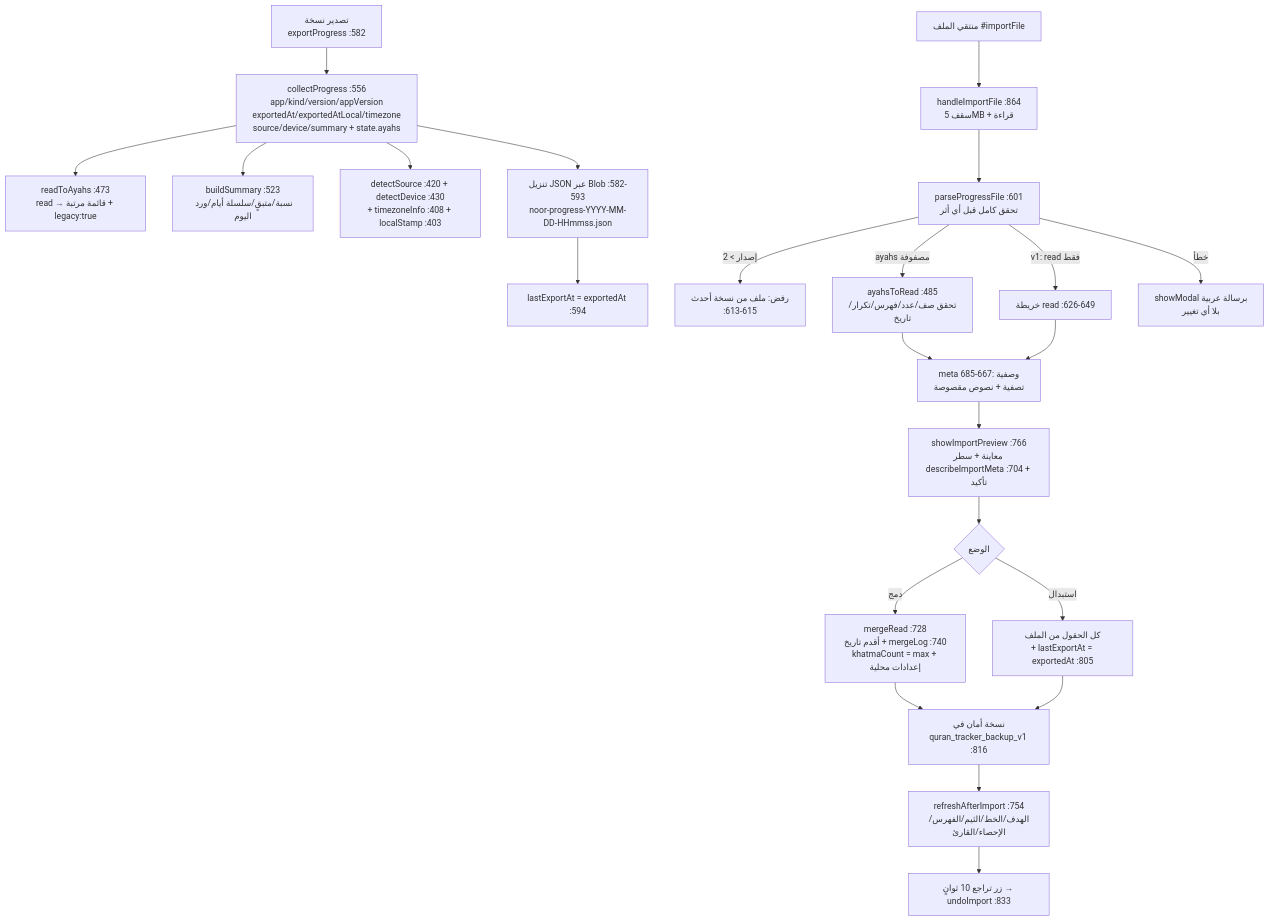
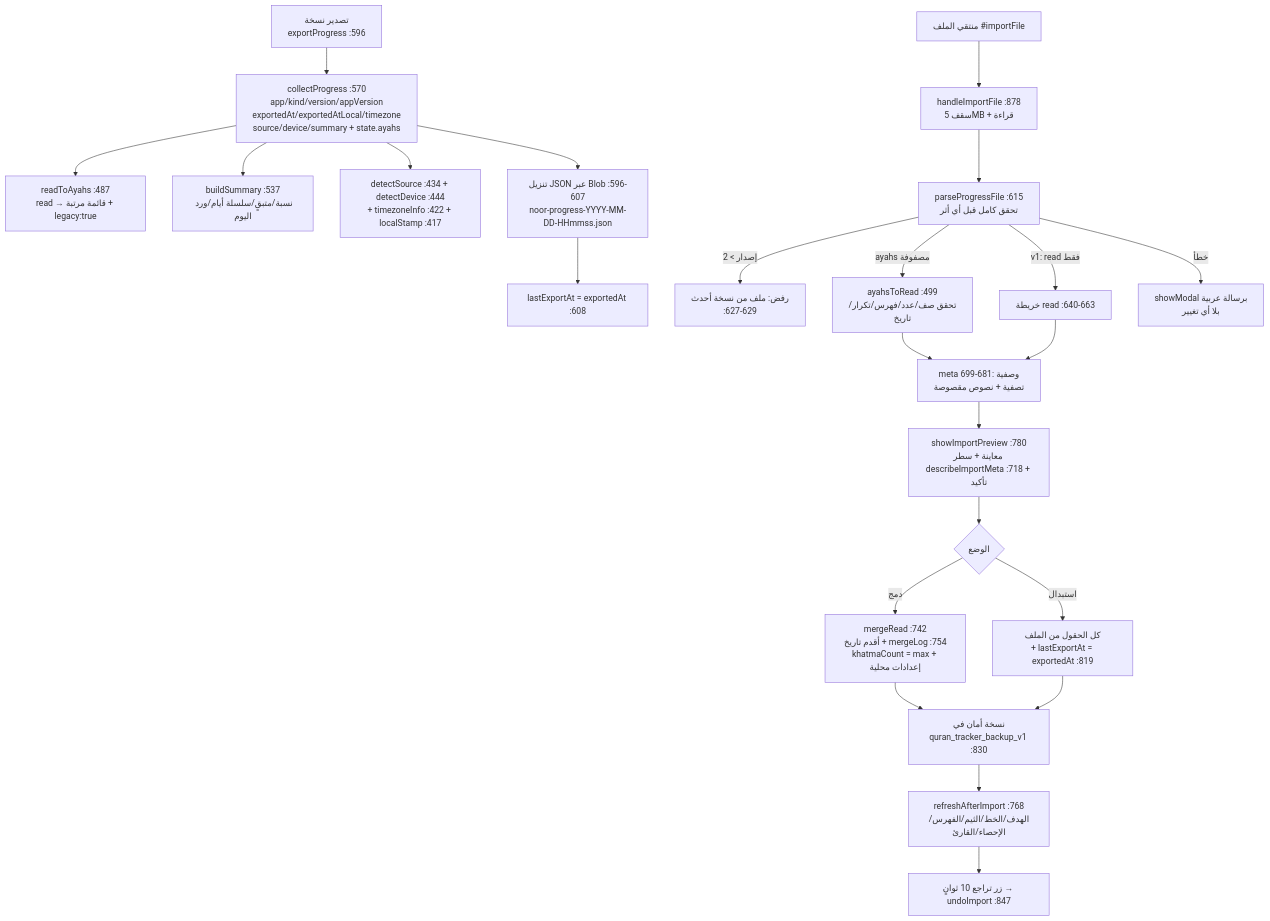
Before and after one commit to jabar-reda/quran-app: the sixth of 6 diagrams in docs/CODE-MAP.md, drawn with Mermaid. The commit also changed other lines of this file and 9 other files, not shown here.

````diff
--- a/docs/CODE-MAP.md
+++ b/docs/CODE-MAP.md
@@ -150,26 +150,26 @@
 ```mermaid
 flowchart TD
-    E["تصدير نسخة<br/>exportProgress :582"] --> CP["collectProgress :556<br/>app/kind/version/appVersion<br/>exportedAt/exportedAtLocal/timezone<br/>source/device/summary + state.ayahs"]
-    CP --> RD["readToAyahs :473<br/>read → قائمة مرتبة + legacy:true"]
-    CP --> SU["buildSummary :523<br/>نسبة/متبقٍ/سلسلة أيام/ورد اليوم"]
-    CP --> SV["detectSource :420 + detectDevice :430<br/>+ timezoneInfo :408 + localStamp :403"]
-    CP --> DL["تنزيل JSON عبر Blob :582-593<br/>noor-progress-YYYY-MM-DD-HHmmss.json"]
-    DL --> LE["lastExportAt = exportedAt :594"]
+    E["تصدير نسخة<br/>exportProgress :596"] --> CP["collectProgress :570<br/>app/kind/version/appVersion<br/>exportedAt/exportedAtLocal/timezone<br/>source/device/summary + state.ayahs"]
+    CP --> RD["readToAyahs :487<br/>read → قائمة مرتبة + legacy:true"]
+    CP --> SU["buildSummary :537<br/>نسبة/متبقٍ/سلسلة أيام/ورد اليوم"]
+    CP --> SV["detectSource :434 + detectDevice :444<br/>+ timezoneInfo :422 + localStamp :417"]
+    CP --> DL["تنزيل JSON عبر Blob :596-607<br/>noor-progress-YYYY-MM-DD-HHmmss.json"]
+    DL --> LE["lastExportAt = exportedAt :608"]
 
-    F["منتقي الملف #importFile"] --> H["handleImportFile :864<br/>سقف 5MB + قراءة"]
-    H --> P["parseProgressFile :601<br/>تحقق كامل قبل أي أثر"]
-    P -- "إصدار > 2" --> V3["رفض: ملف من نسخة أحدث<br/>:613-615"]
-    P -- "ayahs مصفوفة" --> AY["ayahsToRead :485<br/>تحقق صف/عدد/فهرس/تكرار/تاريخ"]
-    P -- "v1: read فقط" --> RD1["خريطة read :626-649"]
-    AY --> META["meta وصفية :667-685<br/>تصفية + نصوص مقصوصة"]
+    F["منتقي الملف #importFile"] --> H["handleImportFile :878<br/>سقف 5MB + قراءة"]
+    H --> P["parseProgressFile :615<br/>تحقق كامل قبل أي أثر"]
+    P -- "إصدار > 2" --> V3["رفض: ملف من نسخة أحدث<br/>:627-629"]
+    P -- "ayahs مصفوفة" --> AY["ayahsToRead :499<br/>تحقق صف/عدد/فهرس/تكرار/تاريخ"]
+    P -- "v1: read فقط" --> RD1["خريطة read :640-663"]
+    AY --> META["meta وصفية :681-699<br/>تصفية + نصوص مقصوصة"]
     RD1 --> META
     P -- "خطأ" --> ERR["showModal برسالة عربية<br/>بلا أي تغيير"]
-    META --> PV["showImportPreview :766<br/>معاينة + سطر describeImportMeta :704 + تأكيد"]
+    META --> PV["showImportPreview :780<br/>معاينة + سطر describeImportMeta :718 + تأكيد"]
     PV --> I{"الوضع"}
-    I -- دمج --> MR["mergeRead :728<br/>أقدم تاريخ + mergeLog :740<br/>khatmaCount = max + إعدادات محلية"]
-    I -- استبدال --> RP["كل الحقول من الملف<br/>+ lastExportAt = exportedAt :805"]
-    MR --> BK["نسخة أمان في<br/>quran_tracker_backup_v1 :816"]
+    I -- دمج --> MR["mergeRead :742<br/>أقدم تاريخ + mergeLog :754<br/>khatmaCount = max + إعدادات محلية"]
+    I -- استبدال --> RP["كل الحقول من الملف<br/>+ lastExportAt = exportedAt :819"]
+    MR --> BK["نسخة أمان في<br/>quran_tracker_backup_v1 :830"]
     RP --> BK
-    BK --> RF["refreshAfterImport :754<br/>الهدف/الخط/الثيم/الفهرس/الإحصاء/القارئ"]
-    RF --> UN["زر تراجع 10 ثوانٍ → undoImport :833"]
+    BK --> RF["refreshAfterImport :768<br/>الهدف/الخط/الثيم/الفهرس/الإحصاء/القارئ"]
+    RF --> UN["زر تراجع 10 ثوانٍ → undoImport :847"]
 ```
````
